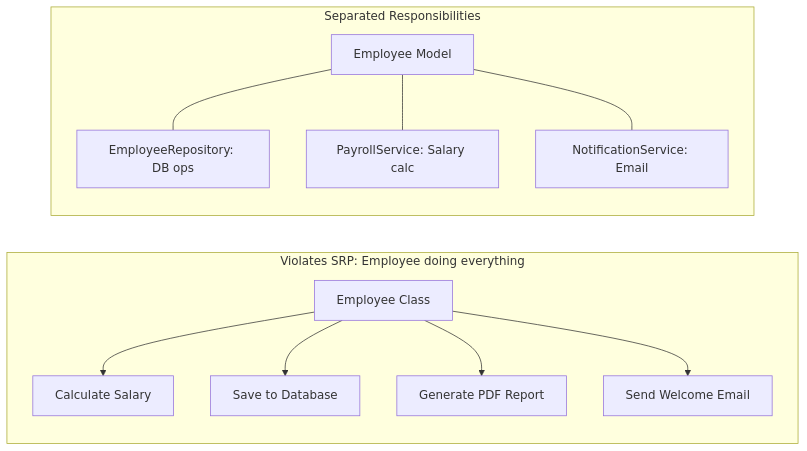
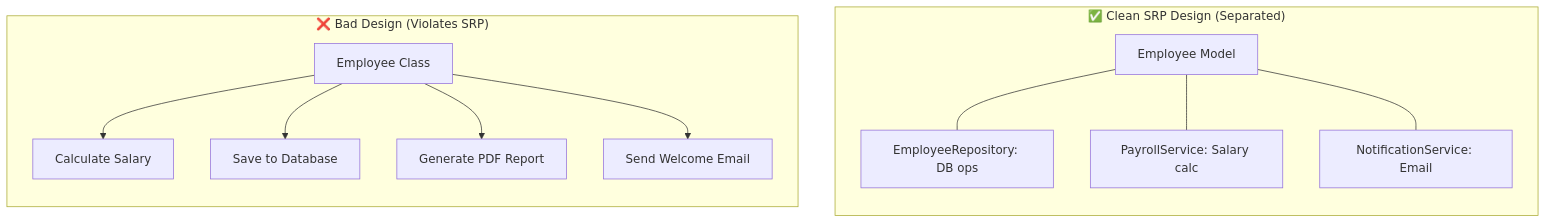
The second of 3 diagrams in 04-OOPs-and-Design-Patterns/OOPS-Notes.md (rohithgowda18/Notes), drawn with Mermaid before and after one commit. The commit also changed other lines of this file and 15 other files, not shown here.

Commit message:
docs: audit Mermaid diagrams, optimize side-by-side layouts, and deduplicate DBMS advanced notes

````diff
--- a/04-OOPs-and-Design-Patterns/OOPS-Notes.md
+++ b/04-OOPs-and-Design-Patterns/OOPS-Notes.md
@@ -121,15 +113,17 @@
 ```mermaid
 flowchart LR
-    subgraph Bad Design [Violates SRP: Employee doing everything]
+    subgraph BadDesign ["❌ Bad Design (Violates SRP)"]
         E1[Employee Class] --> E11[Calculate Salary]
         E1 --> E12[Save to Database]
         E1 --> E13[Generate PDF Report]
         E1 --> E14[Send Welcome Email]
     end
+
+    BadDesign ~~~ CleanDesign
     
-    subgraph Clean SRP Design [Separated Responsibilities]
+    subgraph CleanDesign ["✅ Clean SRP Design (Separated)"]
         E2[Employee Model] --- R2[EmployeeRepository: DB ops]
         E2 --- P2[PayrollService: Salary calc]
         E2 --- N2[NotificationService: Email]
     end
 ```
````
